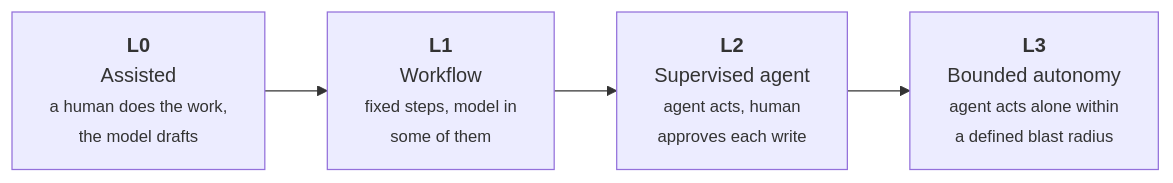
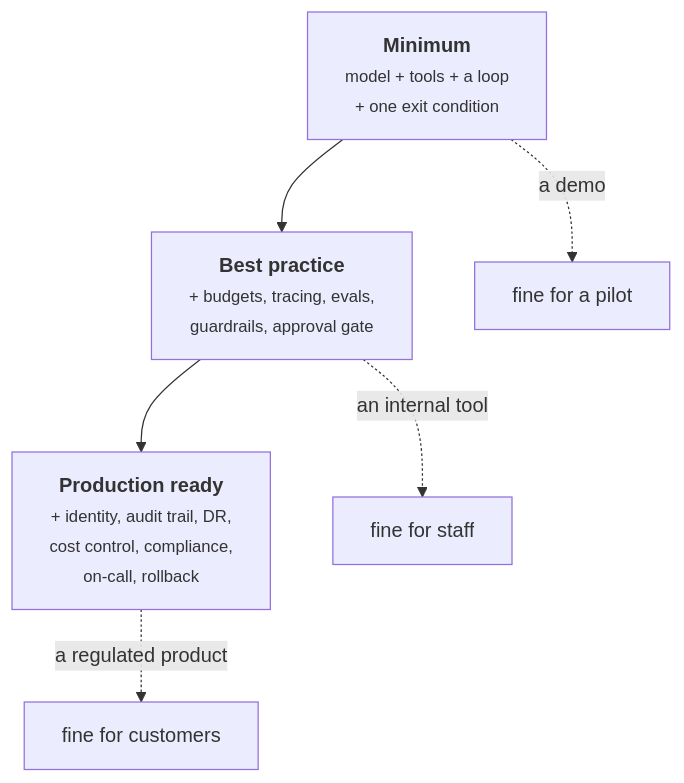
The diagram in figs/hendri-maturity.mmd (situkangsayur/dnd-ai-products-services-pro-course-slides), drawn with Mermaid before and after one commit. The commit also changed 95 other files, not shown here.

```diff
--- a/figs/hendri-maturity.mmd
+++ b/figs/hendri-maturity.mmd
@@ -1,7 +1,9 @@
 
-flowchart LR
-  L0["<b>L0</b><br/>Assisted<br/><small>a human does the work,<br/>the model drafts</small>"]
-  L1["<b>L1</b><br/>Workflow<br/><small>fixed steps, model in<br/>some of them</small>"]
-  L2["<b>L2</b><br/>Supervised agent<br/><small>agent acts, human<br/>approves each write</small>"]
-  L3["<b>L3</b><br/>Bounded autonomy<br/><small>agent acts alone within<br/>a defined blast radius</small>"]
-  L0 --> L1 --> L2 --> L3
+flowchart TB
+  M1["<b>Minimum</b><br/><small>model + tools + a loop<br/>+ one exit condition</small>"]
+  M2["<b>Best practice</b><br/><small>+ budgets, tracing, evals,<br/>guardrails, approval gate</small>"]
+  M3["<b>Production ready</b><br/><small>+ identity, audit trail, DR,<br/>cost control, compliance,<br/>on-call, rollback</small>"]
+  M1 --> M2 --> M3
+  M1 -. "a demo" .-> D1["fine for a pilot"]
+  M2 -. "an internal tool" .-> D2["fine for staff"]
+  M3 -. "a regulated product" .-> D3["fine for customers"]
```
